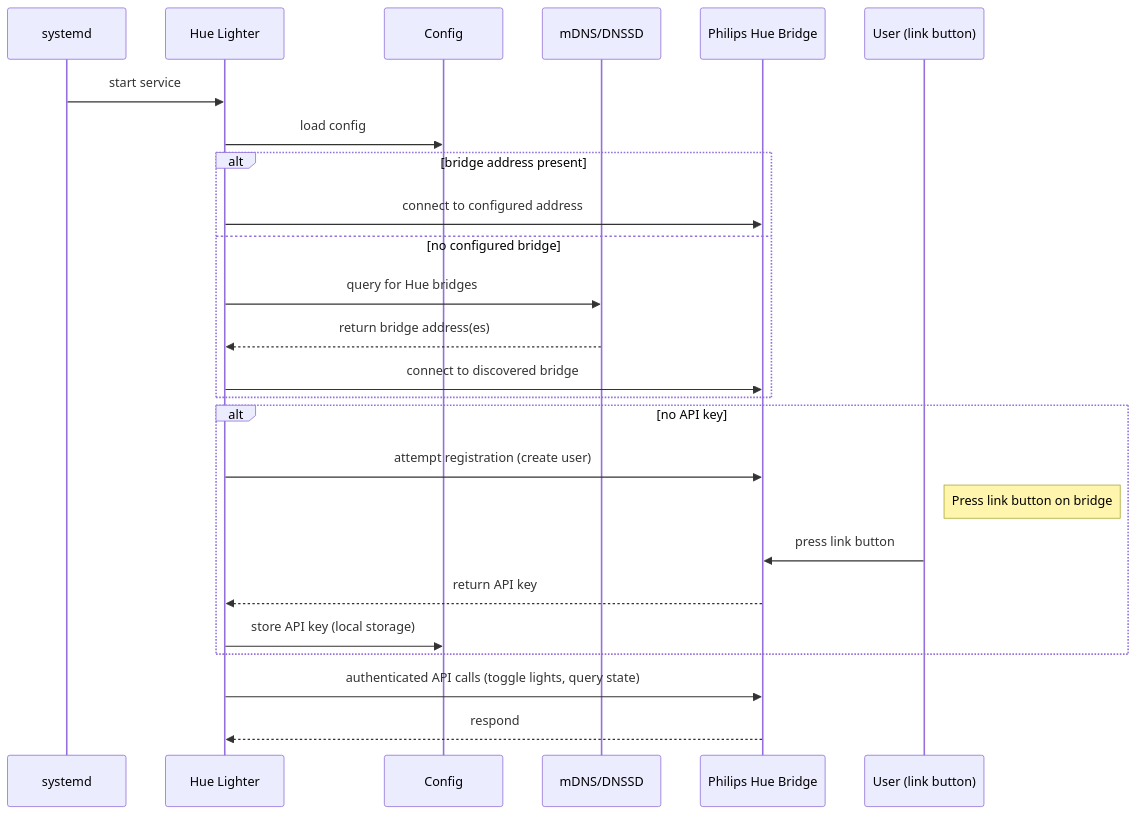
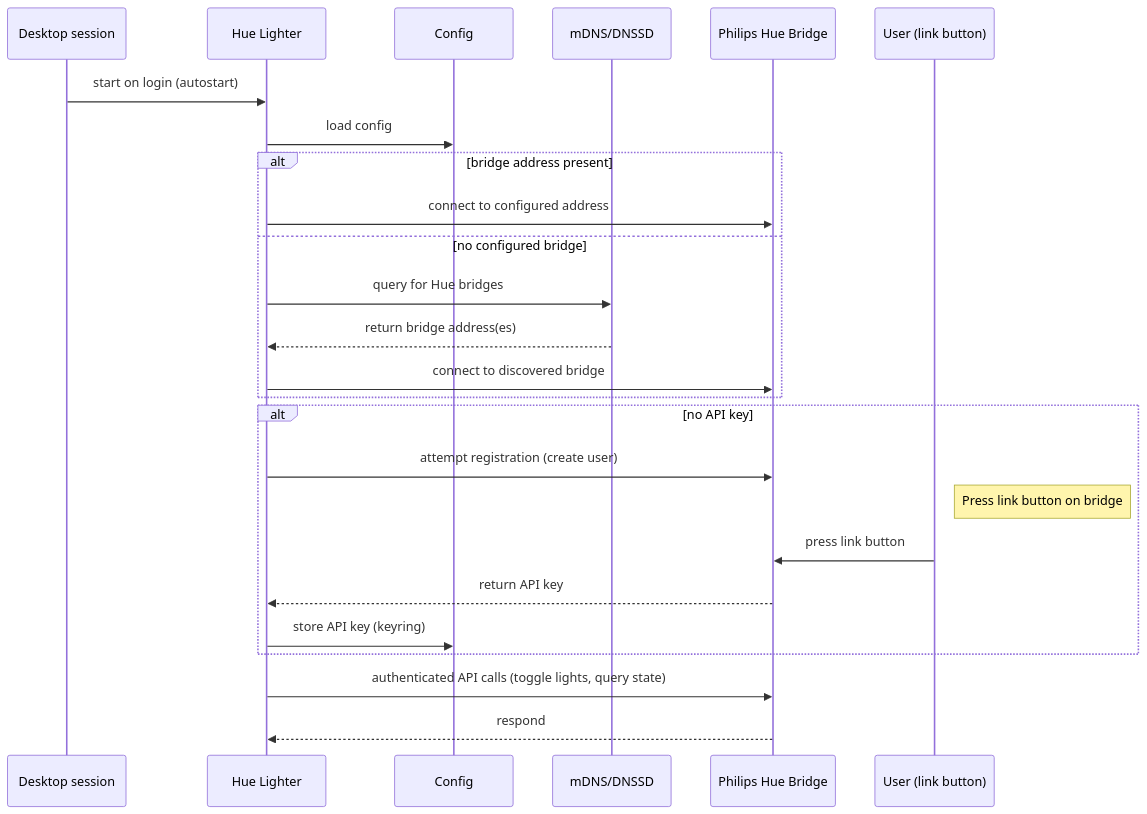
Before and after one commit to yveskaufmann/hue-lighter: the second of 2 diagrams in docs/architecture.md, drawn with Mermaid. The commit also changed other lines of this file and 35 other files, not shown here.

````diff
--- a/docs/architecture.md
+++ b/docs/architecture.md
@@ -34,31 +37,31 @@
 ```mermaid
 sequenceDiagram
-  participant System as systemd
+  participant System as Desktop session
   participant App as Hue Lighter
   participant Config as Config
   participant MDNS as mDNS/DNSSD
   participant Bridge as Philips Hue Bridge
   participant User as User (link button)
 
-  System->>App: start service
+  System->>App: start on login (autostart)
   App->>Config: load config
   alt bridge address present
     App->>Bridge: connect to configured address
   else no configured bridge
     App->>MDNS: query for Hue bridges
     MDNS-->>App: return bridge address(es)
     App->>Bridge: connect to discovered bridge
   end
 
   alt no API key
     App->>Bridge: attempt registration (create user)
     Note right of User: Press link button on bridge
     User->>Bridge: press link button
     Bridge-->>App: return API key
-    App->>Config: store API key (local storage)
+    App->>Config: store API key (keyring)
   end
 
   App->>Bridge: authenticated API calls (toggle lights, query state)
   Bridge-->>App: respond
 
 ```
````
